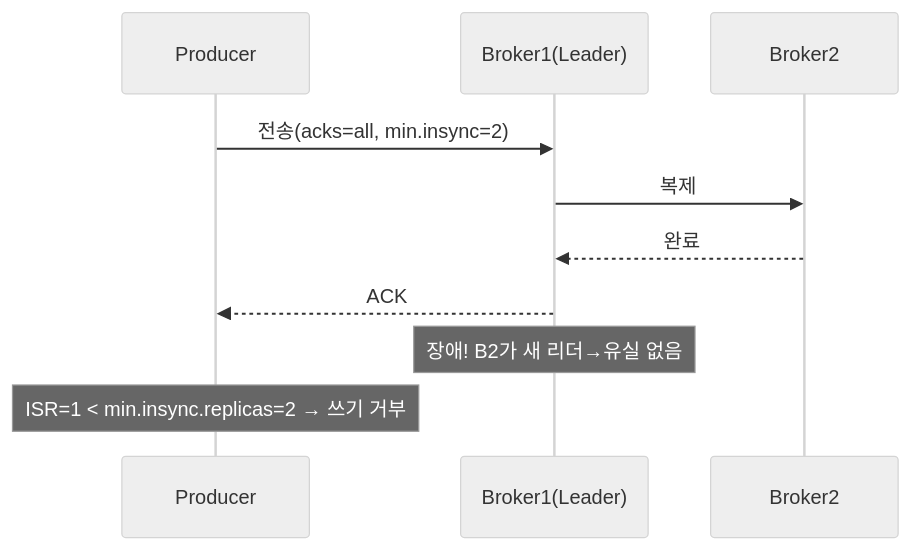
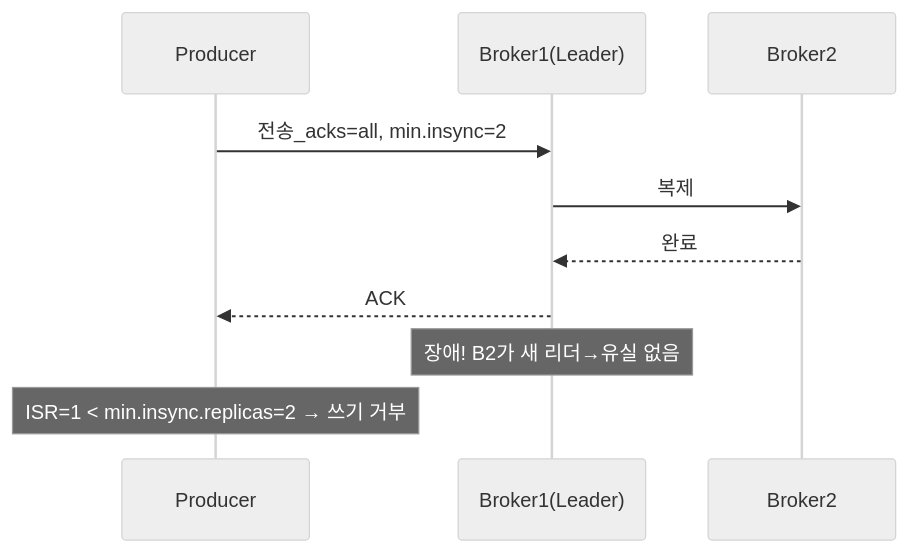
One commit to yjkim2015/yjkim2015.github.io changed the third of 21 diagrams in _posts/kafka/2026-05-01-kafka-extreme-scenarios.md. Above: the diagram before and after it, drawn with Mermaid (neutral theme). The commit also changed other lines of this file and 85 other files, not shown here.

First line of the commit message:
sequenceDiagram 문법 에러 2차 수정 169개 (86파일)

````diff
--- a/_posts/kafka/2026-05-01-kafka-extreme-scenarios.md
+++ b/_posts/kafka/2026-05-01-kafka-extreme-scenarios.md
@@ -46,12 +46,12 @@
 ```mermaid
 sequenceDiagram
     participant P as Producer
     participant B1 as Broker1(Leader)
     participant B2 as Broker2
-    P->>B1: 전송(acks=all, min.insync=2)
+    P->>B1: 전송_acks=all, min.insync=2
     B1->>B2: 복제
     B2-->>B1: 완료
     B1-->>P: ACK
     Note over B1: 장애! B2가 새 리더→유실 없음
     Note over P: ISR=1 < min.insync.replicas=2 → 쓰기 거부
 ```
````
